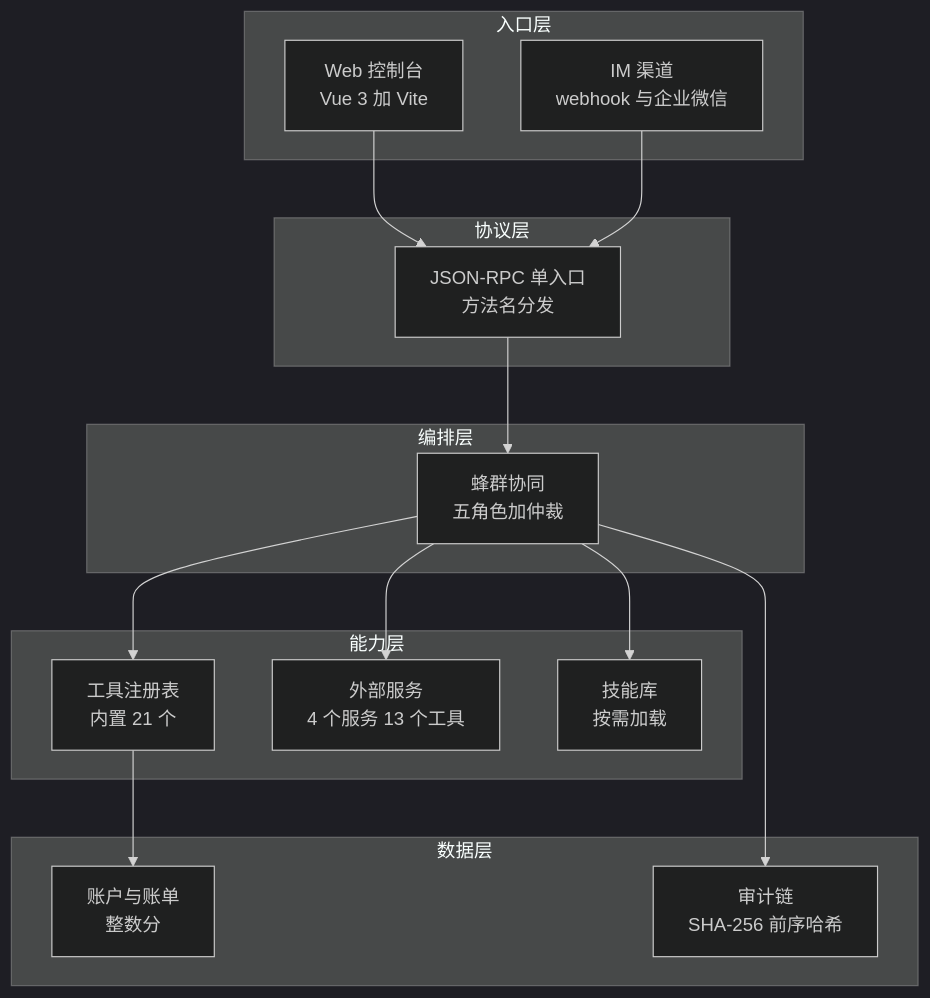
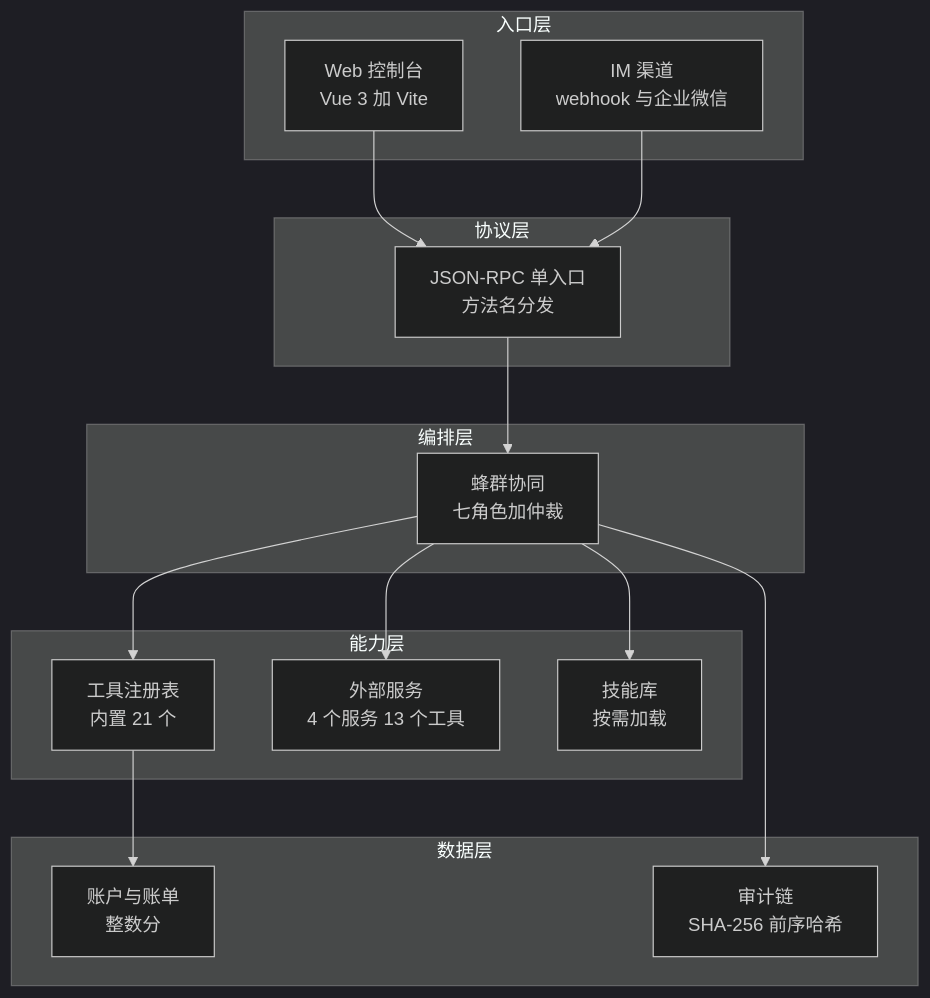
The first of 4 diagrams in docs/02-技术文档.md (MakeBlackSheepGreat/CordiBank), drawn with Mermaid (dark theme) before and after one commit. The commit also changed other lines of this file and 13 other files, not shown here.

````diff
--- a/docs/02-技术文档.md
+++ b/docs/02-技术文档.md
@@ -13,30 +13,30 @@
 ```mermaid
 flowchart TB
   subgraph L1["入口层"]
     WEB["Web 控制台<br/>Vue 3 加 Vite"]
     IM["IM 渠道<br/>webhook 与企业微信"]
   end
   subgraph L2["协议层"]
     RPC["JSON-RPC 单入口<br/>方法名分发"]
   end
   subgraph L3["编排层"]
-    SWARM["蜂群协同<br/>五角色加仲裁"]
+    SWARM["蜂群协同<br/>七角色加仲裁"]
   end
   subgraph L4["能力层"]
     TOOLS["工具注册表<br/>内置 21 个"]
     MCP["外部服务<br/>4 个服务 13 个工具"]
     SKILL["技能库<br/>按需加载"]
   end
   subgraph L5["数据层"]
     STATE["账户与账单<br/>整数分"]
     AUDIT["审计链<br/>SHA-256 前序哈希"]
   end
   WEB --> RPC
   IM --> RPC
   RPC --> SWARM
   SWARM --> TOOLS
   SWARM --> MCP
   SWARM --> SKILL
   TOOLS --> STATE
   SWARM --> AUDIT
 ```
````
